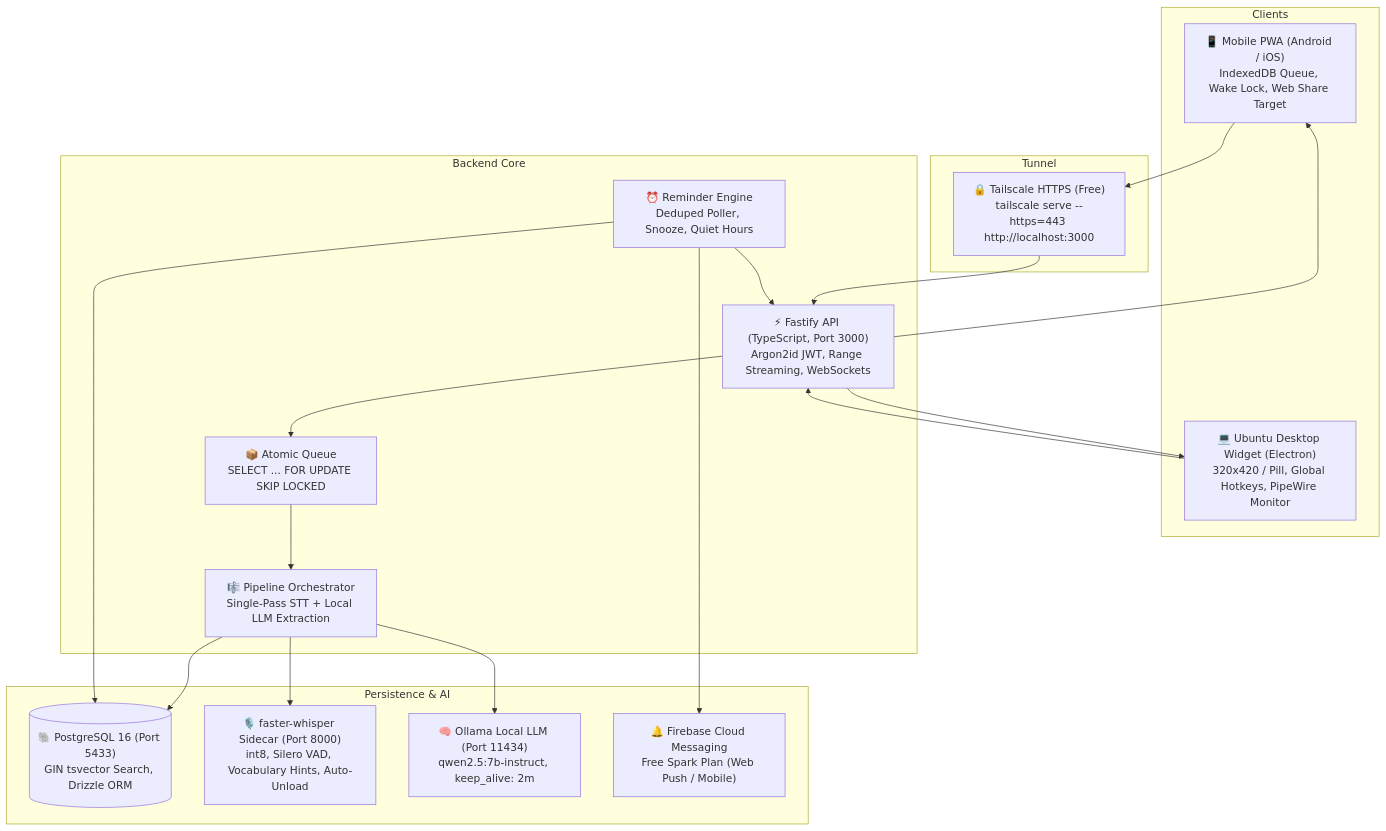
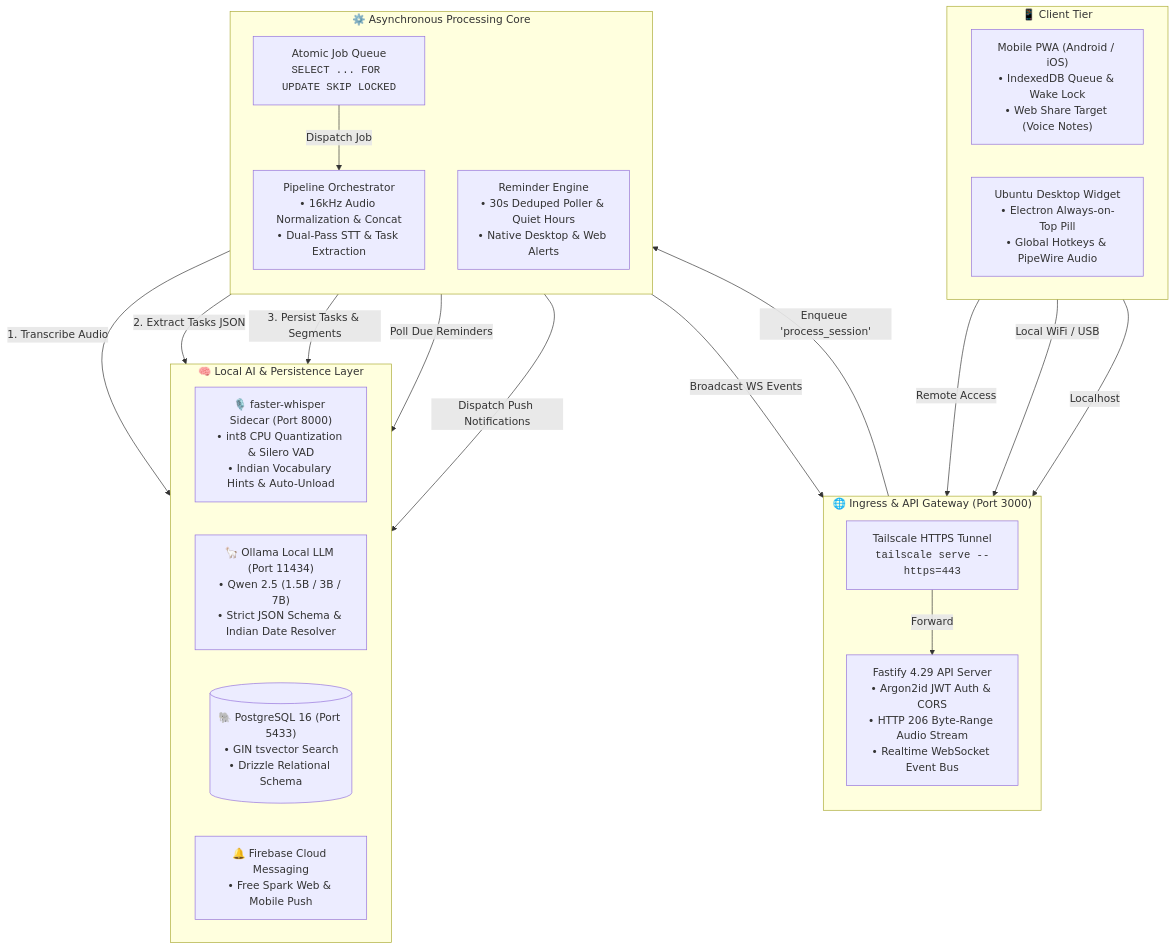
Before and after one commit to int-vansh-panchal/taskcatch: the first of 2 diagrams in README.md, drawn with Mermaid. The commit also changed other lines of this file, not shown here.

Commit message:
docs: polish system architecture and add sequence diagram in README

````diff
--- a/README.md
+++ b/README.md
@@ -9,37 +9,50 @@
 ```mermaid
-graph TD
-    subgraph Clients
-        PWA["📱 Mobile PWA (Android / iOS)\nIndexedDB Queue, Wake Lock, Web Share Target"]
-        Desktop["💻 Ubuntu Desktop Widget (Electron)\n320x420 / Pill, Global Hotkeys, PipeWire Monitor"]
+flowchart TD
+    %% Client Tier
+    subgraph CLIENTS["📱 Client Tier"]
+        direction LR
+        PWA["Mobile PWA (Android / iOS)<br/>• IndexedDB Queue & Wake Lock<br/>• Web Share Target (Voice Notes)"]
+        DESKTOP["Ubuntu Desktop Widget<br/>• Electron Always-on-Top Pill<br/>• Global Hotkeys & PipeWire Audio"]
     end
 
-    subgraph Tunnel
-        Tailscale["🔒 Tailscale HTTPS (Free)\ntailscale serve --https=443 http://localhost:3000"]
+    %% Ingress & API Gateway
+    subgraph INGRESS["🌐 Ingress & API Gateway (Port 3000)"]
+        direction TB
+        TAILSCALE["Tailscale HTTPS Tunnel<br/><code>tailscale serve --https=443</code>"]
+        API["Fastify 4.29 API Server<br/>• Argon2id JWT Auth & CORS<br/>• HTTP 206 Byte-Range Audio Stream<br/>• Realtime WebSocket Event Bus"]
     end
 
-    subgraph Backend Core
-        Fastify["⚡ Fastify API (TypeScript, Port 3000)\nArgon2id JWT, Range Streaming, WebSockets"]
-        Queue["📦 Atomic Queue\nSELECT ... FOR UPDATE SKIP LOCKED"]
-        Pipeline["🎼 Pipeline Orchestrator\nSingle-Pass STT + Local LLM Extraction"]
-        Scheduler["⏰ Reminder Engine\nDeduped Poller, Snooze, Quiet Hours"]
+    %% Execution & Processing
+    subgraph CORE["⚙️ Asynchronous Processing Core"]
+        direction TB
+        QUEUE["Atomic Job Queue<br/><code>SELECT ... FOR UPDATE SKIP LOCKED</code>"]
+        ORCH["Pipeline Orchestrator<br/>• 16kHz Audio Normalization & Concat<br/>• Dual-Pass STT & Task Extraction"]
+        SCHED["Reminder Engine<br/>• 30s Deduped Poller & Quiet Hours<br/>• Native Desktop & Web Alerts"]
     end
 
-    subgraph Persistence & AI
-        Postgres[("🐘 PostgreSQL 16 (Port 5433)\nGIN tsvector Search, Drizzle ORM")]
-        STT["🎙️ faster-whisper Sidecar (Port 8000)\nint8, Silero VAD, Vocabulary Hints, Auto-Unload"]
-        LLM["🧠 Ollama Local LLM (Port 11434)\nqwen2.5:7b-instruct, keep_alive: 2m"]
-        FCM["🔔 Firebase Cloud Messaging\nFree Spark Plan (Web Push / Mobile)"]
+    %% Storage & AI Engines
+    subgraph SERVICES["🧠 Local AI & Persistence Layer"]
+        direction LR
+        STT["🎙️ faster-whisper Sidecar (Port 8000)<br/>• int8 CPU Quantization & Silero VAD<br/>• Indian Vocabulary Hints & Auto-Unload"]
+        LLM["🦙 Ollama Local LLM (Port 11434)<br/>• Qwen 2.5 (1.5B / 3B / 7B)<br/>• Strict JSON Schema & Indian Date Resolver"]
+        DB[("🐘 PostgreSQL 16 (Port 5433)<br/>• GIN tsvector Search<br/>• Drizzle Relational Schema")]
+        FCM["🔔 Firebase Cloud Messaging<br/>• Free Spark Web & Mobile Push"]
     end
 
-    PWA --> Tailscale --> Fastify
-    Desktop --> Fastify
-    Fastify --> Queue --> Pipeline
-    Pipeline --> STT
-    Pipeline --> LLM
-    Pipeline --> Postgres
-    Scheduler --> Postgres
-    Scheduler --> FCM
-    Scheduler --> Fastify
-    Fastify --> PWA
-    Fastify --> Desktop
+    %% Clean Data Flow
+    PWA -->|Remote Access| TAILSCALE
+    TAILSCALE -->|Forward| API
+    PWA -->|Local WiFi / USB| API
+    DESKTOP -->|Localhost| API
+
+    API -->|Enqueue 'process_session'| QUEUE
+    QUEUE -->|Dispatch Job| ORCH
+
+    ORCH -->|1. Transcribe Audio| STT
+    ORCH -->|2. Extract Tasks JSON| LLM
+    ORCH -->|3. Persist Tasks & Segments| DB
+
+    SCHED -->|Poll Due Reminders| DB
+    SCHED -->|Dispatch Push Notifications| FCM
+    SCHED -->|Broadcast WS Events| API
 ```
````
